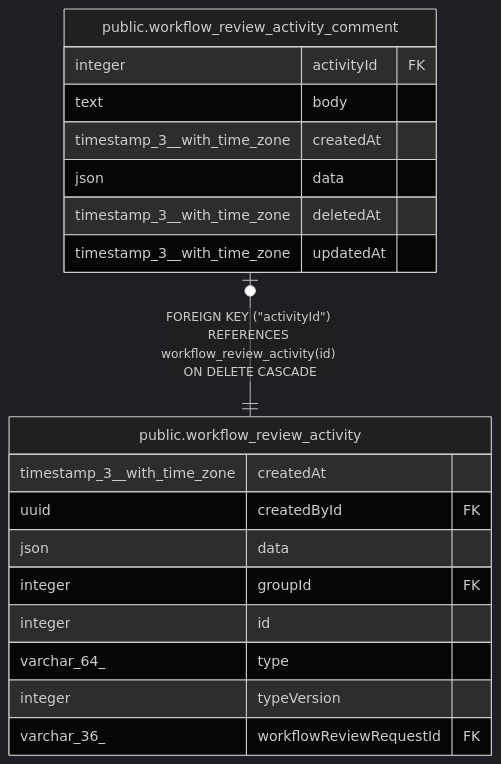
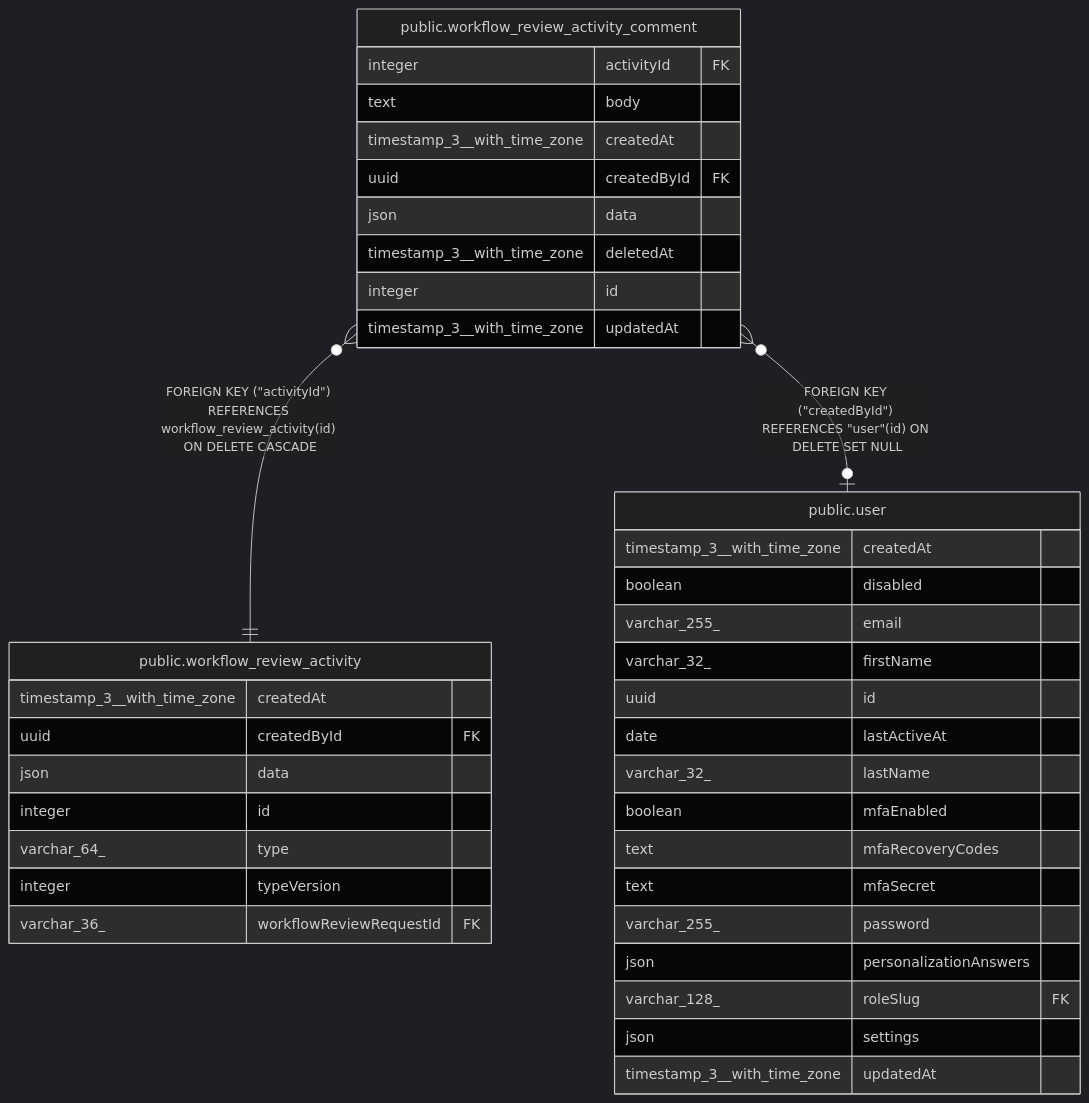
The diagram in docs/generated/postgres-schema/public.workflow_review_activity_comment.md (mayankjain1815-commits/n8n), drawn with Mermaid (dark theme) before and after one commit. The commit also changed other lines of this file and 13 other files, not shown here.

````diff
--- a/docs/generated/postgres-schema/public.workflow_review_activity_comment.md
+++ b/docs/generated/postgres-schema/public.workflow_review_activity_comment.md
@@ -31,24 +36,43 @@
 ```mermaid
 erDiagram
 
-"public.workflow_review_activity_comment" |o--|| "public.workflow_review_activity" : "FOREIGN KEY (#quot;activityId#quot;) REFERENCES workflow_review_activity(id) ON DELETE CASCADE"
+"public.workflow_review_activity_comment" }o--|| "public.workflow_review_activity" : "FOREIGN KEY (#quot;activityId#quot;) REFERENCES workflow_review_activity(id) ON DELETE CASCADE"
+"public.workflow_review_activity_comment" }o--o| "public.user" : "FOREIGN KEY (#quot;createdById#quot;) REFERENCES #quot;user#quot;(id) ON DELETE SET NULL"
 
 "public.workflow_review_activity_comment" {
   integer activityId FK
   text body
   timestamp_3__with_time_zone createdAt
+  uuid createdById FK
   json data
   timestamp_3__with_time_zone deletedAt
+  integer id
   timestamp_3__with_time_zone updatedAt
 }
 "public.workflow_review_activity" {
   timestamp_3__with_time_zone createdAt
   uuid createdById FK
   json data
-  integer groupId FK
   integer id
   varchar_64_ type
   integer typeVersion
   varchar_36_ workflowReviewRequestId FK
 }
+"public.user" {
+  timestamp_3__with_time_zone createdAt
+  boolean disabled
+  varchar_255_ email
+  varchar_32_ firstName
+  uuid id
+  date lastActiveAt
+  varchar_32_ lastName
+  boolean mfaEnabled
+  text mfaRecoveryCodes
+  text mfaSecret
+  varchar_255_ password
+  json personalizationAnswers
+  varchar_128_ roleSlug FK
+  json settings
+  timestamp_3__with_time_zone updatedAt
+}
 ```
````
